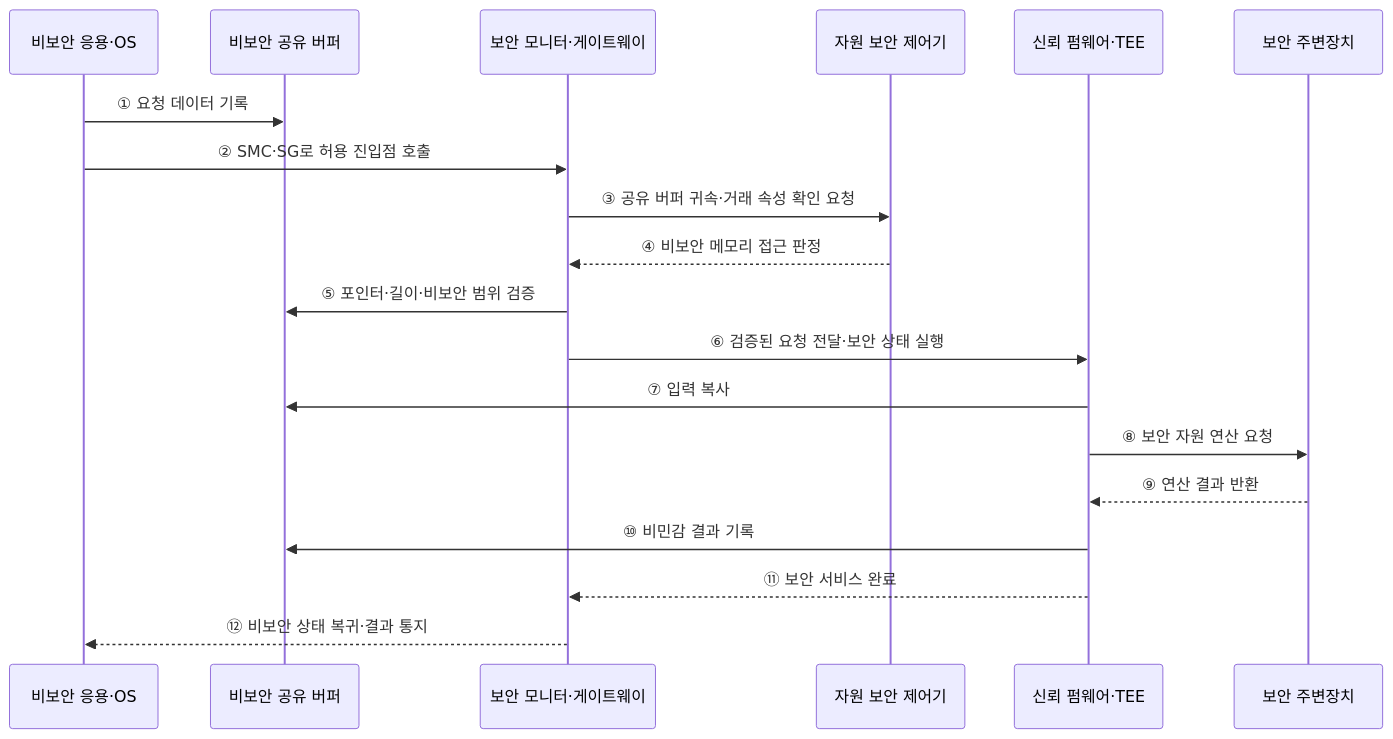
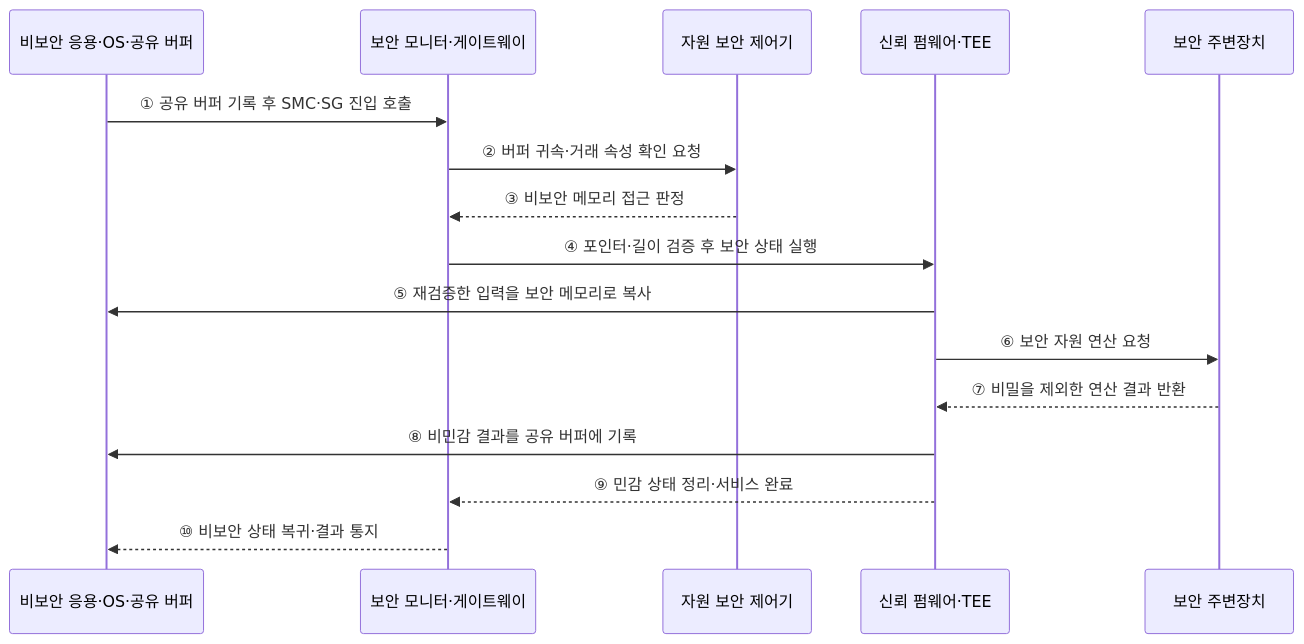
Before and after one commit to agnusdei1207/knowledge-base: the second of 2 diagrams in src/content/docs/notes/02-hardware/064_arm_trustzone.md, drawn with Mermaid. The commit also changed other lines of this file and 20 other files, not shown here.

````diff
--- a/src/content/docs/notes/02-hardware/064_arm_trustzone.md
+++ b/src/content/docs/notes/02-hardware/064_arm_trustzone.md
@@ -99,22 +86,19 @@
 ```mermaid
 sequenceDiagram
-    participant N as 비보안 응용·OS
-    participant B as 비보안 공유 버퍼
+    participant N as 비보안 응용·OS·공유 버퍼
     participant G as 보안 모니터·게이트웨이
     participant A as 자원 보안 제어기
     participant T as 신뢰 펌웨어·TEE
     participant P as 보안 주변장치
 
-    N->>B: ① 요청 데이터 기록
-    N->>G: ② SMC·SG로 허용 진입점 호출
-    G->>A: ③ 공유 버퍼 귀속·거래 속성 확인 요청
-    A-->>G: ④ 비보안 메모리 접근 판정
-    G->>B: ⑤ 포인터·길이·비보안 범위 검증
-    G->>T: ⑥ 검증된 요청 전달·보안 상태 실행
-    T->>B: ⑦ 입력 복사
-    T->>P: ⑧ 보안 자원 연산 요청
-    P-->>T: ⑨ 연산 결과 반환
-    T->>B: ⑩ 비민감 결과 기록
-    T-->>G: ⑪ 보안 서비스 완료
-    G-->>N: ⑫ 비보안 상태 복귀·결과 통지
+    N->>G: ① 공유 버퍼 기록 후 SMC·SG 진입 호출
+    G->>A: ② 버퍼 귀속·거래 속성 확인 요청
+    A-->>G: ③ 비보안 메모리 접근 판정
+    G->>T: ④ 포인터·길이 검증 후 보안 상태 실행
+    T->>N: ⑤ 재검증한 입력을 보안 메모리로 복사
+    T->>P: ⑥ 보안 자원 연산 요청
+    P-->>T: ⑦ 비밀을 제외한 연산 결과 반환
+    T->>N: ⑧ 비민감 결과를 공유 버퍼에 기록
+    T-->>G: ⑨ 민감 상태 정리·서비스 완료
+    G-->>N: ⑩ 비보안 상태 복귀·결과 통지
 ```
````
